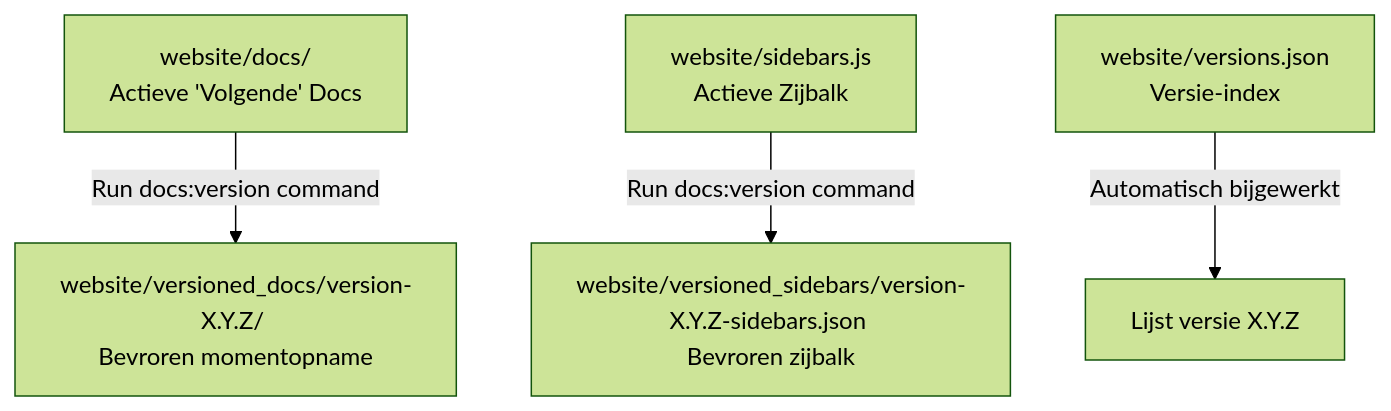
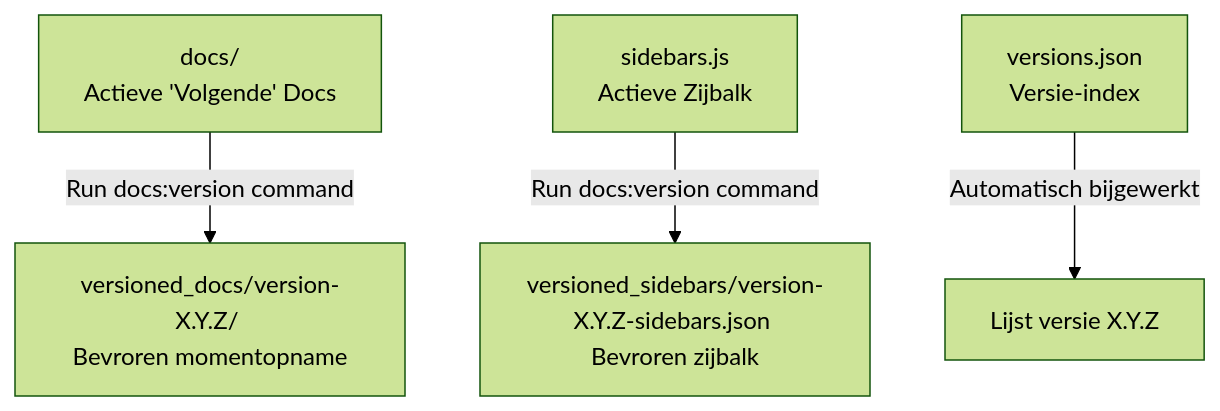
One commit to CITOpenRep/TimeManagement_Docs changed the second of 2 diagrams in i18n/nl/docusaurus-plugin-content-docs/current/contributing/documentation-governance.md. Above: the diagram before and after it, drawn with Mermaid (forest theme). The commit also changed other lines of this file and 22 other files, not shown here.

````diff
--- a/i18n/nl/docusaurus-plugin-content-docs/current/contributing/documentation-governance.md
+++ b/i18n/nl/docusaurus-plugin-content-docs/current/contributing/documentation-governance.md
@@ -92,6 +92,6 @@
 ```mermaid
 flowchart TD
-    docs[website/docs/ <br>Actieve 'Volgende' Docs] -- Run docs:version command --> archive[website/versioned_docs/version-X.Y.Z/ <br>Bevroren momentopname]
-    sidebars[website/sidebars.js <br>Actieve Zijbalk] -- Run docs:version command --> archive_sb[website/versioned_sidebars/version-X.Y.Z-sidebars.json <br>Bevroren zijbalk]
-    versions[website/versions.json <br>Versie-index] -- Automatisch bijgewerkt --> list[Lijst versie X.Y.Z]
+    docs[docs/ <br>Actieve 'Volgende' Docs] -- Run docs:version command --> archive[versioned_docs/version-X.Y.Z/ <br>Bevroren momentopname]
+    sidebars[sidebars.js <br>Actieve Zijbalk] -- Run docs:version command --> archive_sb[versioned_sidebars/version-X.Y.Z-sidebars.json <br>Bevroren zijbalk]
+    versions[versions.json <br>Versie-index] -- Automatisch bijgewerkt --> list[Lijst versie X.Y.Z]
 ```
````
